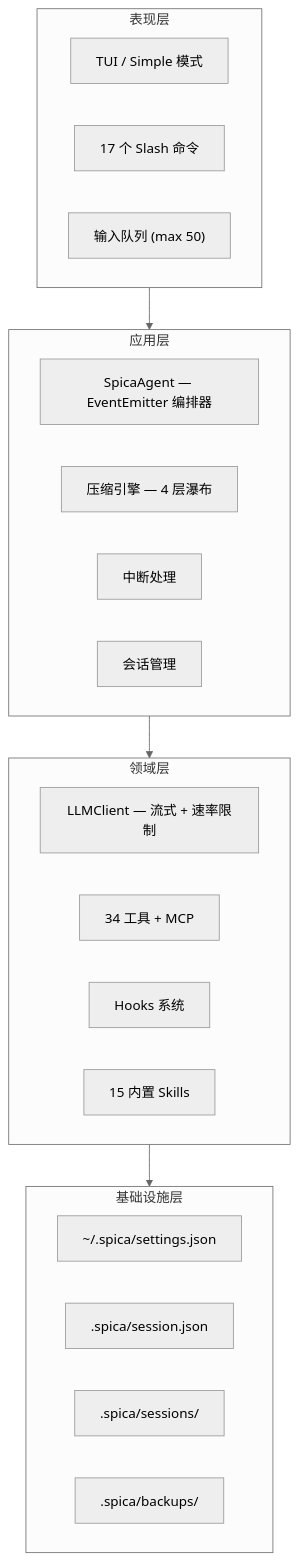
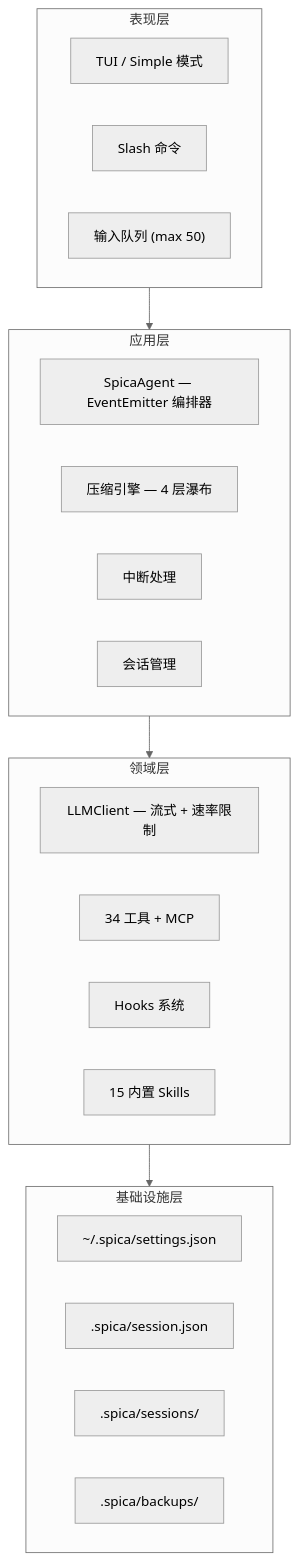
One commit to linnin233/spica-cli changed the first of 5 diagrams in README_CN.md. Above: the diagram before and after it, drawn with Mermaid (neutral theme). The commit also changed other lines of this file and 4 other files, not shown here.

````diff
--- a/README_CN.md
+++ b/README_CN.md
@@ -29,33 +29,33 @@
 ```mermaid
 graph TB
     subgraph PRESENTATION["表现层"]
         TUI["TUI / Simple 模式"]
-        CMD["17 个 Slash 命令"]
+        CMD["Slash 命令"]
         IQ["输入队列 (max 50)"]
     end
 
     subgraph APPLICATION["应用层"]
         AGENT["SpicaAgent — EventEmitter 编排器"]
         COMPRESS["压缩引擎 — 4 层瀑布"]
         INTR["中断处理"]
         SESSION["会话管理"]
     end
 
     subgraph DOMAIN["领域层"]
         LLM["LLMClient — 流式 + 速率限制"]
         TOOLS["34 工具 + MCP"]
         HOOKS["Hooks 系统"]
         SKILLS["15 内置 Skills"]
     end
 
     subgraph INFRA["基础设施层"]
         SETTINGS["~/.spica/settings.json"]
         SESSFILE[".spica/session.json"]
         ARCHIVE[".spica/sessions/"]
         BACKUPS[".spica/backups/"]
     end
 
     PRESENTATION --> APPLICATION
     APPLICATION --> DOMAIN
     DOMAIN --> INFRA
 ```
````
